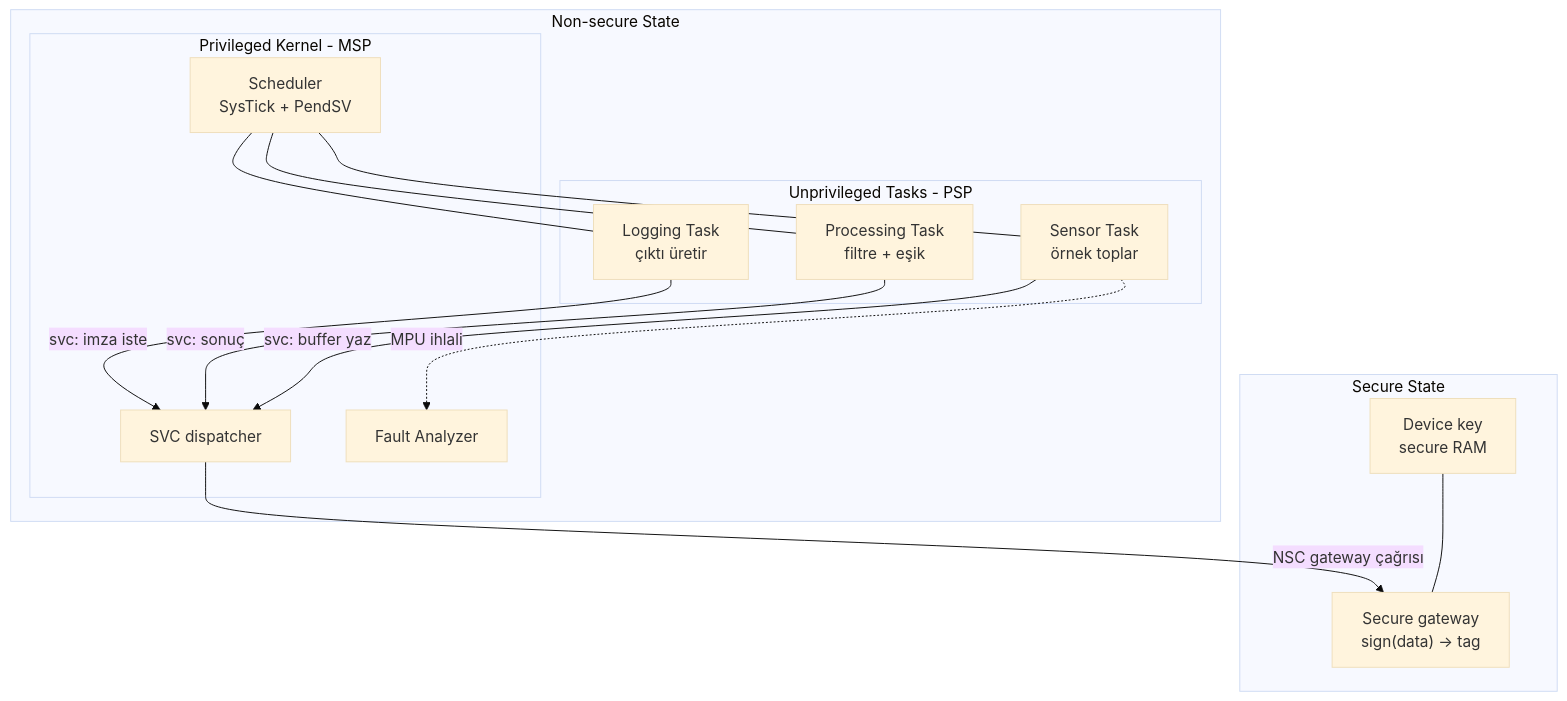
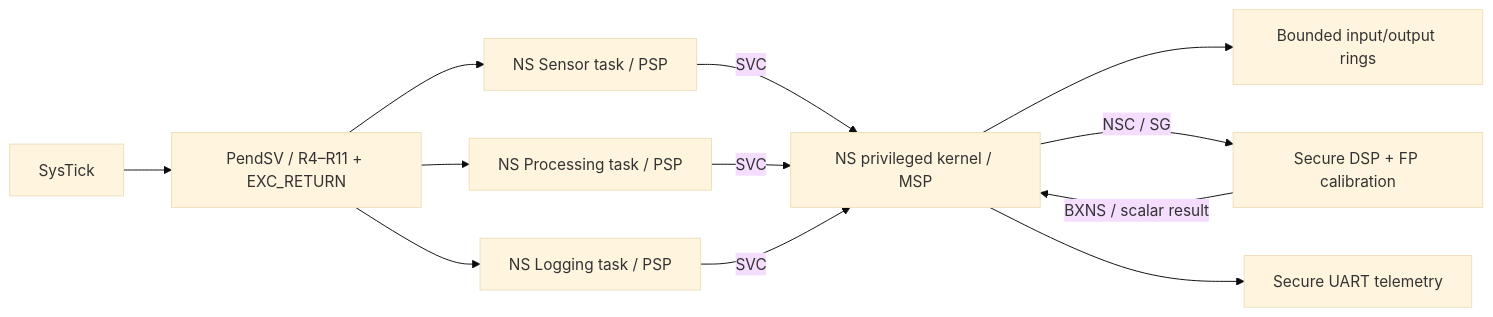
Before and after one commit to Merd0/ARM-Cortex-M-Lab: the diagram in final-project/secure-real-time-sensor-node/README.md, drawn with Mermaid (base theme). The commit also changed other lines of this file and 15 other files, not shown here.

Commit message:
feat(final): integrate an isolated sensor pipeline across CMSE and the teaching kernel

````diff
--- a/final-project/secure-real-time-sensor-node/README.md
+++ b/final-project/secure-real-time-sensor-node/README.md
@@ -39,29 +13,14 @@
 ```mermaid
-flowchart TD
-    subgraph S["Secure State"]
-        KEY["Device key<br/>secure RAM"]
-        API["Secure gateway<br/>sign(data) -> tag"]
-        KEY --- API
-    end
-    subgraph NS["Non-secure State"]
-        subgraph K["Privileged Kernel - MSP"]
-            SCH["Scheduler<br/>SysTick + PendSV"]
-            SVCH["SVC dispatcher"]
-            FA["Fault Analyzer"]
-        end
-        subgraph T["Unprivileged Tasks - PSP"]
-            T1["Sensor Task<br/>örnek toplar"]
-            T2["Processing Task<br/>filtre + eşik"]
-            T3["Logging Task<br/>çıktı üretir"]
-        end
-    end
-
-    T1 -->|svc: buffer yaz| SVCH
-    T2 -->|svc: sonuç| SVCH
-    T3 -->|svc: imza iste| SVCH
-    SVCH -->|NSC gateway çağrısı| API
-    SCH --- T1
-    SCH --- T2
-    SCH --- T3
-    T1 -.->|MPU ihlali| FA
+flowchart LR
+  A["NS Sensor task / PSP"] -->|SVC| K["NS privileged kernel / MSP"]
+  B["NS Processing task / PSP"] -->|SVC| K
+  C["NS Logging task / PSP"] -->|SVC| K
+  K --> R["Bounded input/output rings"]
+  K -->|NSC / SG| S["Secure DSP + FP calibration"]
+  S -->|BXNS / scalar result| K
+  K --> T["Secure UART telemetry"]
+  ST["SysTick"] --> PS["PendSV / R4–R11 + EXC_RETURN"]
+  PS --> A
+  PS --> B
+  PS --> C
 ```
````
